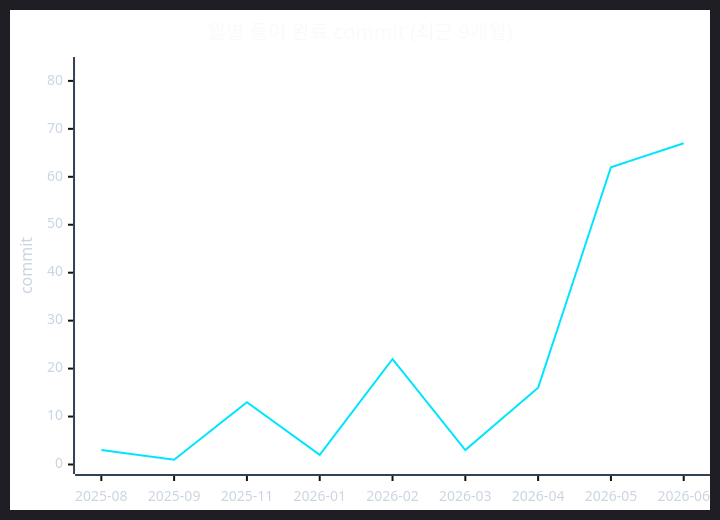
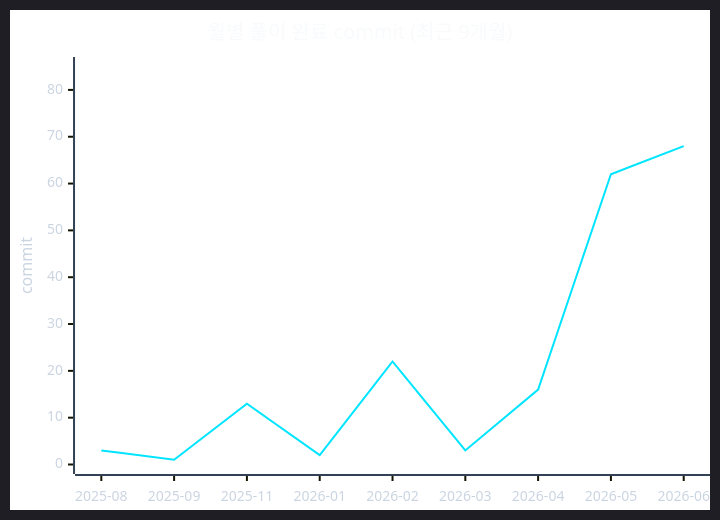
The second of 2 diagrams in readme.md (CHOOSLA/Algorithm), drawn with Mermaid before and after one commit. The commit also changed other lines of this file and 2 other files, not shown here.

````diff
--- a/readme.md
+++ b/readme.md
@@ -71,22 +71,22 @@
 ```mermaid
 ---
 config:
   theme: dark
   themeVariables:
     background: '#0d1117'
     xyChart:
       titleColor: '#f8fafc'
       xAxisLabelColor: '#cbd5e1'
       xAxisTitleColor: '#cbd5e1'
       xAxisLineColor: '#334155'
       yAxisLabelColor: '#cbd5e1'
       yAxisTitleColor: '#cbd5e1'
       yAxisLineColor: '#334155'
       plotColorPalette: '#00e5ff'
 ---
 xychart-beta
   title "월별 풀이 완료 commit (최근 9개월)"
   x-axis ["2025-08", "2025-09", "2025-11", "2026-01", "2026-02", "2026-03", "2026-04", "2026-05", "2026-06"]
-  y-axis "commit" 0 --> 83
-  line [3, 1, 13, 2, 22, 3, 16, 62, 67]
+  y-axis "commit" 0 --> 85
+  line [3, 1, 13, 2, 22, 3, 16, 62, 68]
 ```
````
